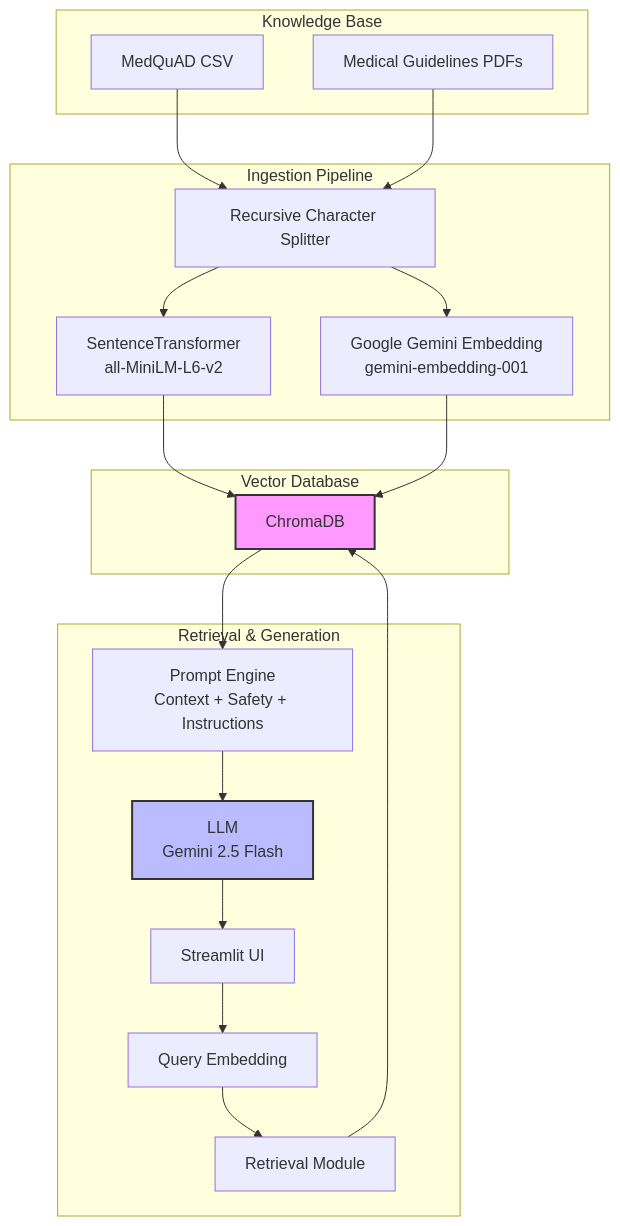
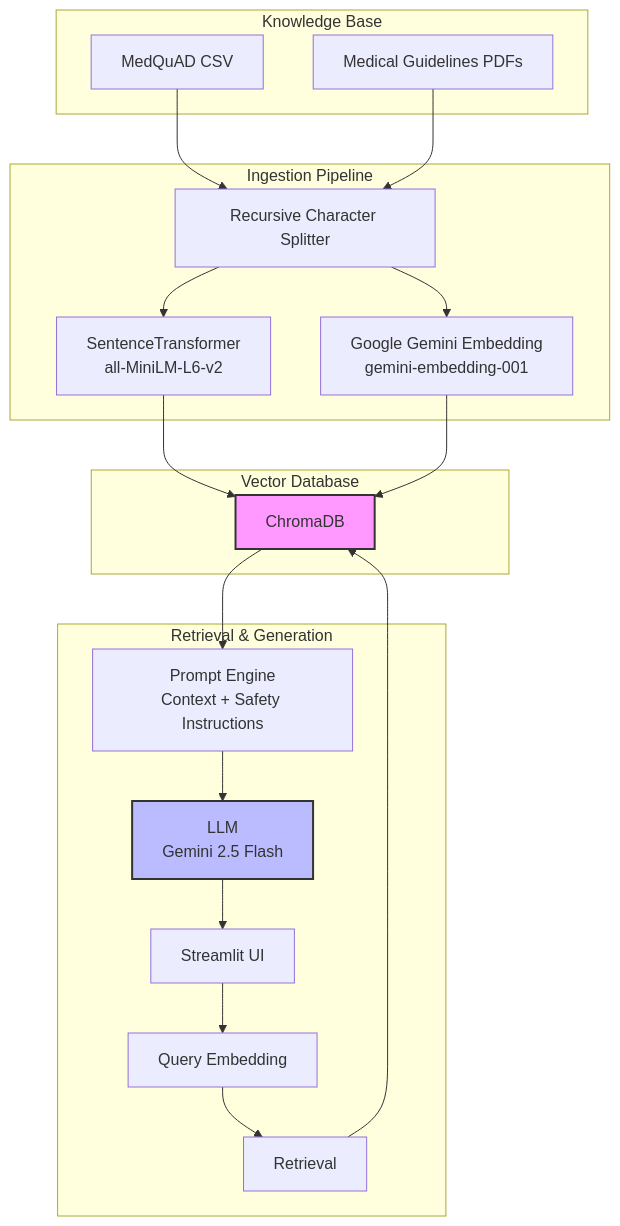
One commit to hariharan0493/Task2_Submission changed the diagram in Applied_ML/architecture/architecture.md. Above: the diagram before and after it, drawn with Mermaid.

````diff
--- a/Applied_ML/architecture/architecture.md
+++ b/Applied_ML/architecture/architecture.md
@@ -1,42 +1,42 @@
 ```mermaid
 graph TD
     subgraph DataSources["Knowledge Base"]
         A1["MedQuAD CSV"]
         A2["Medical Guidelines PDFs"]
     end
 
     subgraph Ingestion["Ingestion Pipeline"]
         B1["Recursive Character Splitter"]
         B2["SentenceTransformer<br/>all-MiniLM-L6-v2"]
         B3["Google Gemini Embedding<br/>gemini-embedding-001"]
     end
 
     subgraph Storage["Vector Database"]
         C["ChromaDB"]
     end
 
     subgraph RAG["Retrieval & Generation"]
         D["Streamlit UI"]
         E["Query Embedding"]
-        F["Retrieval Module"]
-        G["Prompt Engine<br/>Context + Safety + Instructions"]
+        F["Retrieval"]
+        G["Prompt Engine<br/>Context + Safety Instructions"]
         H["LLM<br/>Gemini 2.5 Flash"]
     end
 
     A1 --> B1
     A2 --> B1
     B1 --> B2
     B1 --> B3
     B2 --> C
     B3 --> C
 
     D --> E
     E --> F
     F --> C
     C --> G
     G --> H
     H --> D
 
     style C fill:#f9f,stroke:#333,stroke-width:2px
     style H fill:#bbf,stroke:#333,stroke-width:2px
 ```
````
